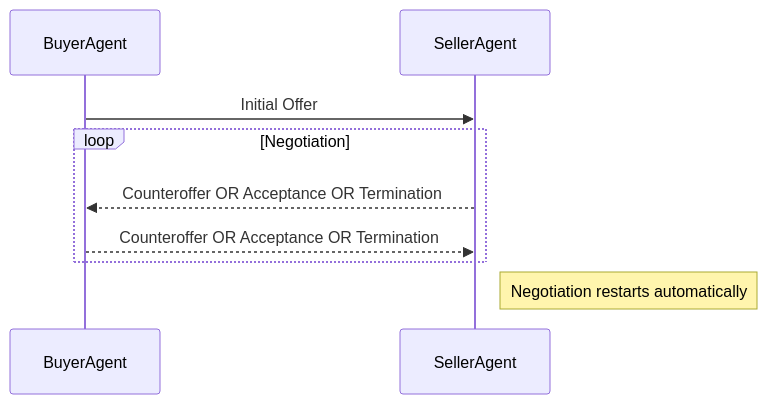
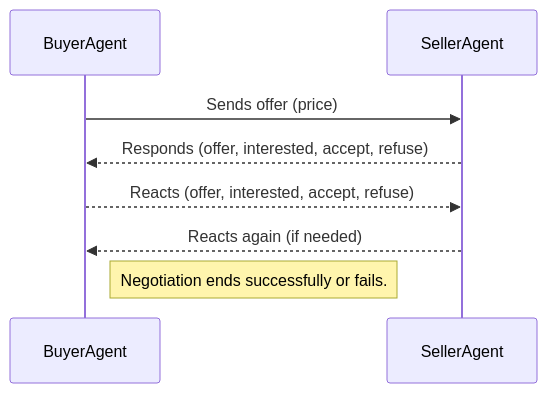
Before and after one commit to Summoner-Network/summoner-core: the diagram in examples/3_buyer_seller_agents/readme.md, drawn with Mermaid. The commit also changed other lines of this file and 8 other files, not shown here.

````diff
--- a/examples/3_buyer_seller_agents/readme.md
+++ b/examples/3_buyer_seller_agents/readme.md
@@ -32,12 +72,11 @@
 ```mermaid
 sequenceDiagram
 participant BuyerAgent
 participant SellerAgent
 
-BuyerAgent ->> SellerAgent: Initial Offer
-loop Negotiation
-    SellerAgent -->> BuyerAgent: Counteroffer OR Acceptance OR Termination
-    BuyerAgent -->> SellerAgent: Counteroffer OR Acceptance OR Termination
-end
-Note right of SellerAgent: Negotiation restarts automatically
+BuyerAgent ->> SellerAgent: Sends offer (price)
+SellerAgent -->> BuyerAgent: Responds (offer, interested, accept, refuse)
+BuyerAgent -->> SellerAgent: Reacts (offer, interested, accept, refuse)
+SellerAgent -->> BuyerAgent: Reacts again (if needed)
+Note right of BuyerAgent: Negotiation ends successfully or fails.
 ```
````
